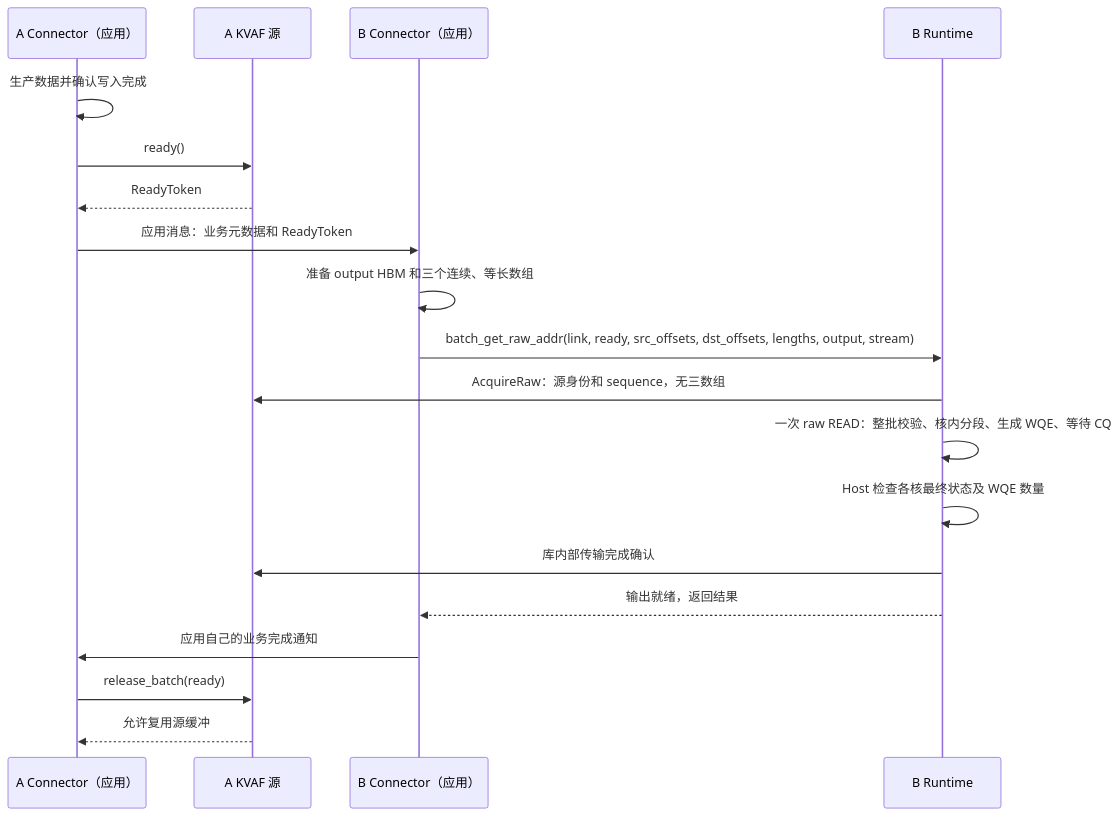
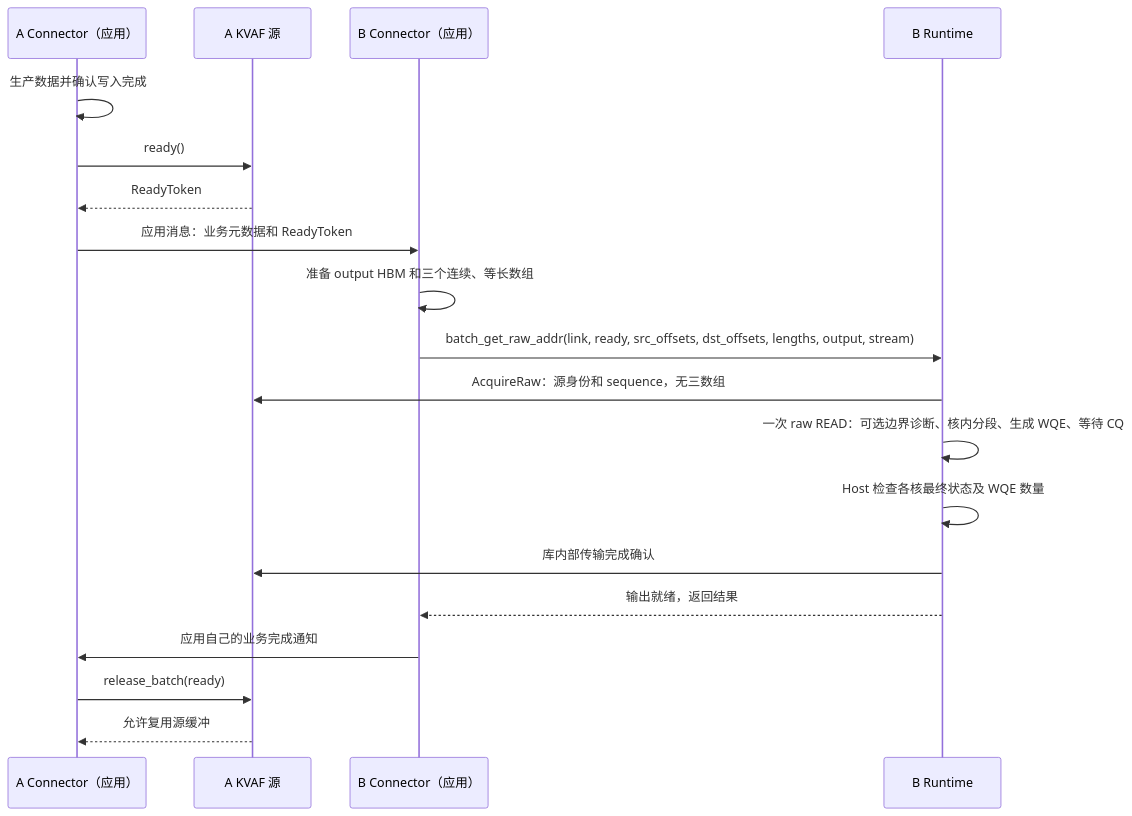
The second of 2 diagrams in docs/connector_pull_api_design.md (zxdgongjue-spec/KVAF), drawn with Mermaid before and after one commit. The commit also changed other lines of this file and 16 other files, not shown here.

````diff
--- a/docs/connector_pull_api_design.md
+++ b/docs/connector_pull_api_design.md
@@ -419,22 +419,22 @@
 ```mermaid
 sequenceDiagram
     participant AC as A Connector（应用）
     participant AS as A KVAF 源
     participant BC as B Connector（应用）
     participant BR as B Runtime
 
     AC->>AC: 生产数据并确认写入完成
     AC->>AS: ready()
     AS-->>AC: ReadyToken
     AC->>BC: 应用消息：业务元数据和 ReadyToken
     BC->>BC: 准备 output HBM 和三个连续、等长数组
     BC->>BR: batch_get_raw_addr(link, ready, src_offsets, dst_offsets, lengths, output, stream)
     BR->>AS: AcquireRaw：源身份和 sequence，无三数组
-    BR->>BR: 一次 raw READ：整批校验、核内分段、生成 WQE、等待 CQ
+    BR->>BR: 一次 raw READ：可选边界诊断、核内分段、生成 WQE、等待 CQ
     BR->>BR: Host 检查各核最终状态及 WQE 数量
     BR->>AS: 库内部传输完成确认
     BR-->>BC: 输出就绪，返回结果
     BC->>AC: 应用自己的业务完成通知
     AC->>AS: release_batch(ready)
     AS-->>AC: 允许复用源缓冲
 ```
````
